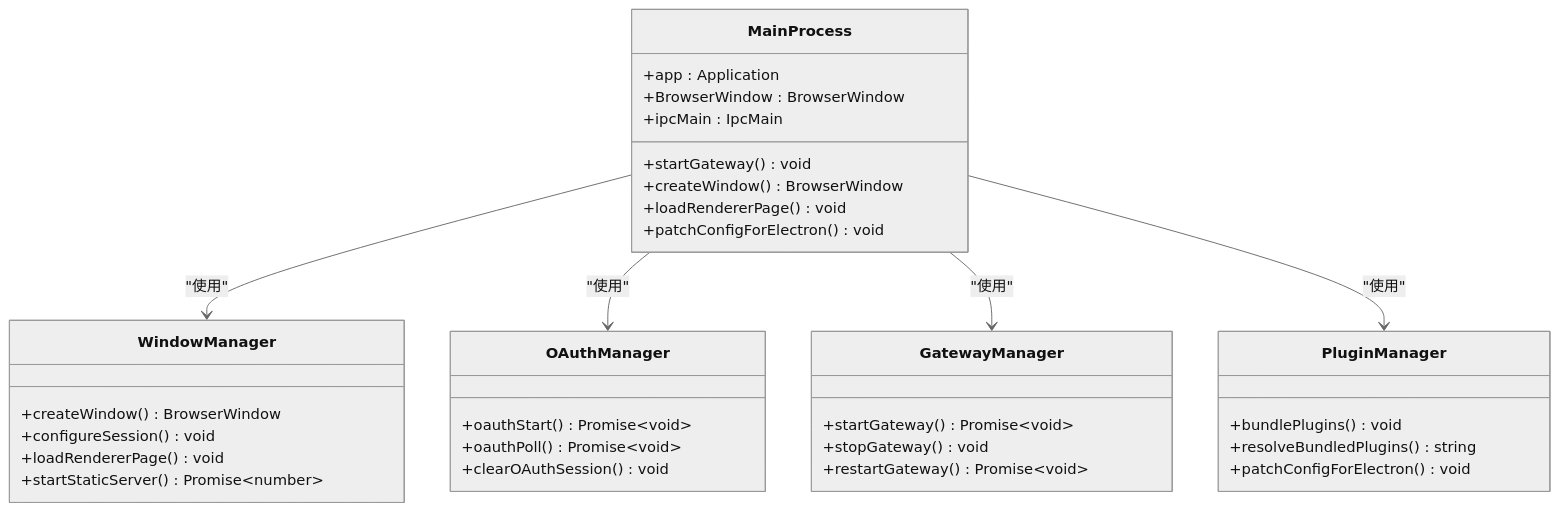
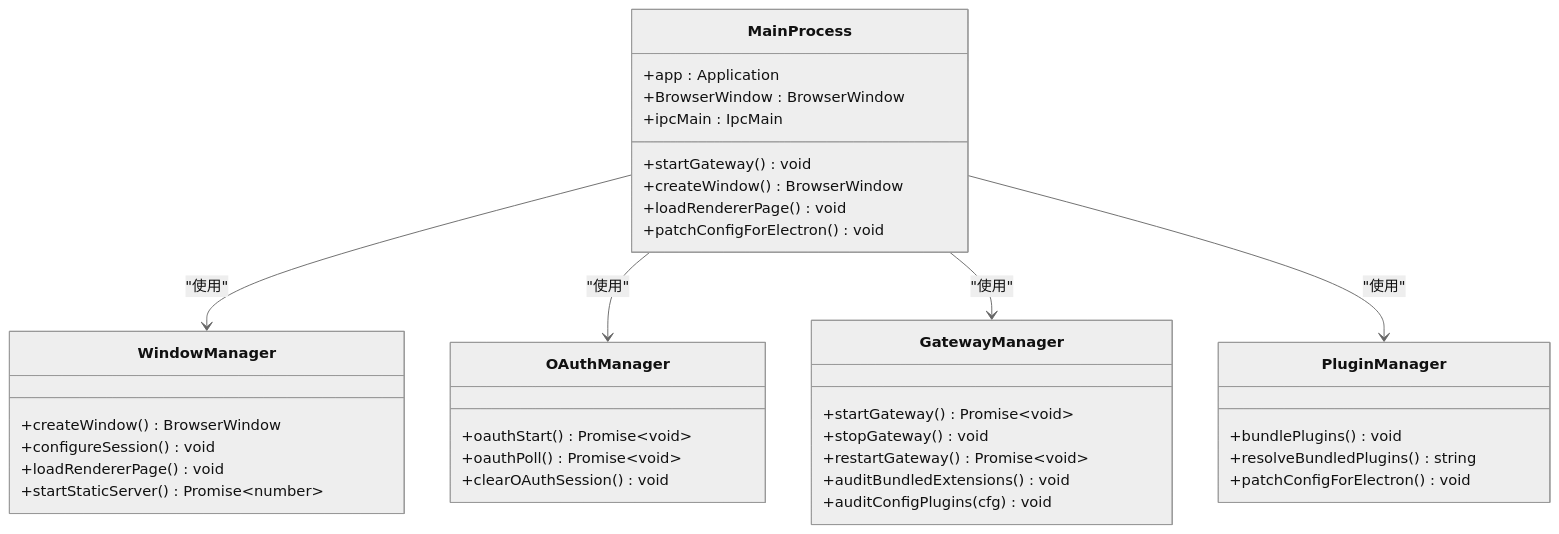
Before and after one commit to verse-ai-org/openclaw: the second of 12 diagrams in .qoder/repowiki/zh/content/Electron Packaging Configuration.md, drawn with Mermaid (neutral theme). The commit also changed other lines of this file and 27 other files, not shown here.

````diff
--- a/.qoder/repowiki/zh/content/Electron Packaging Configuration.md
+++ b/.qoder/repowiki/zh/content/Electron Packaging Configuration.md
@@ -125,37 +148,39 @@
 ```mermaid
 classDiagram
 class MainProcess {
 +app : Application
 +BrowserWindow : BrowserWindow
 +ipcMain : IpcMain
 +startGateway() void
 +createWindow() BrowserWindow
 +loadRendererPage() void
 +patchConfigForElectron() void
 }
 class WindowManager {
 +createWindow() BrowserWindow
 +configureSession() void
 +loadRendererPage() void
 +startStaticServer() Promise~number~
 }
 class OAuthManager {
 +oauthStart() Promise~void~
 +oauthPoll() Promise~void~
 +clearOAuthSession() void
 }
 class GatewayManager {
 +startGateway() Promise~void~
 +stopGateway() void
 +restartGateway() Promise~void~
++auditBundledExtensions() void
++auditConfigPlugins(cfg) void
 }
 class PluginManager {
 +bundlePlugins() void
 +resolveBundledPlugins() string
 +patchConfigForElectron() void
 }
 MainProcess --> WindowManager : "使用"
 MainProcess --> OAuthManager : "使用"
 MainProcess --> GatewayManager : "使用"
 MainProcess --> PluginManager : "使用"
 ```
````
